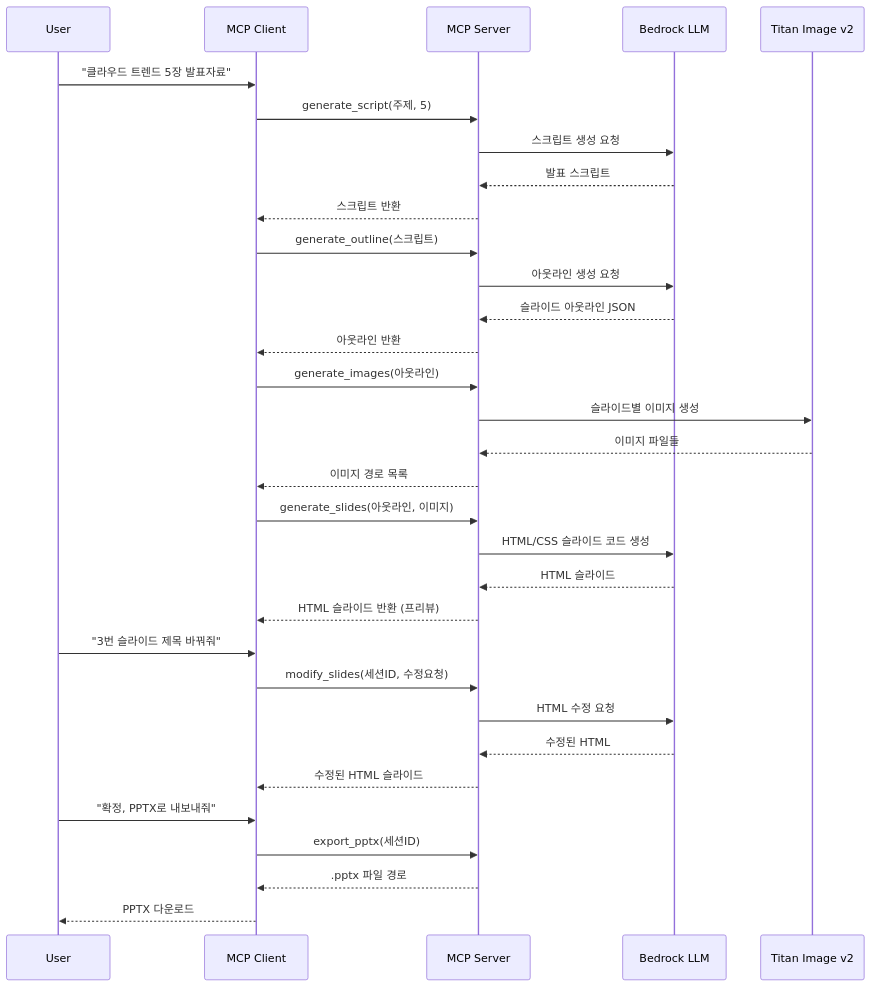
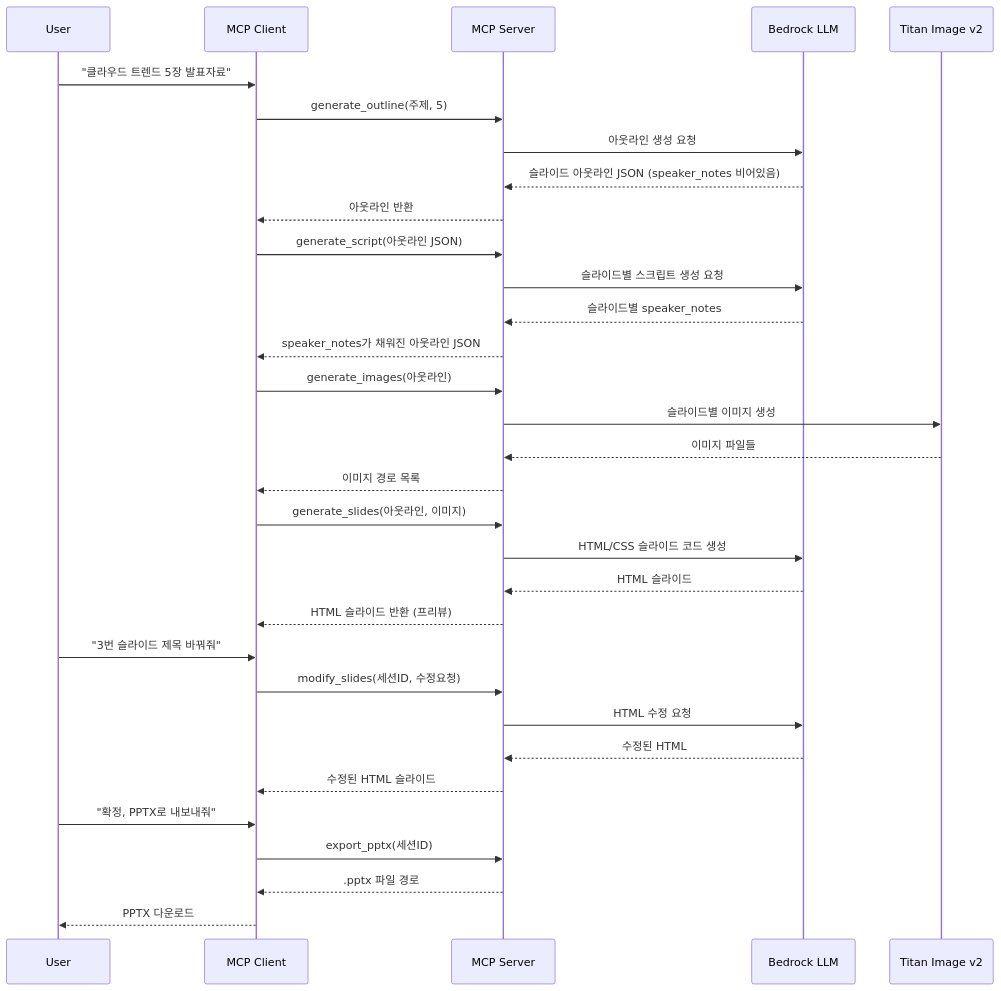
One commit to haandol/ppt-generator changed the third of 3 diagrams in docs/ppt-generator.alps.md. Above: the diagram before and after it, drawn with Mermaid. The commit also changed other lines of this file and 2 other files, not shown here.

Commit message:
docs: ALPS 파이프라인 순서 수정 (F1=outline, F2=script) 및 AGENTS.md 보완

````diff
--- a/docs/ppt-generator.alps.md
+++ b/docs/ppt-generator.alps.md
@@ -160,40 +161,40 @@
 ```mermaid
 sequenceDiagram
     participant User
     participant MCPClient as MCP Client
     participant MCPServer as MCP Server
     participant Bedrock as Bedrock LLM
     participant Titan as Titan Image v2
 
     User->>MCPClient: "클라우드 트렌드 5장 발표자료"
-    MCPClient->>MCPServer: generate_script(주제, 5)
-    MCPServer->>Bedrock: 스크립트 생성 요청
-    Bedrock-->>MCPServer: 발표 스크립트
-    MCPServer-->>MCPClient: 스크립트 반환
+    MCPClient->>MCPServer: generate_outline(주제, 5)
+    MCPServer->>Bedrock: 아웃라인 생성 요청
+    Bedrock-->>MCPServer: 슬라이드 아웃라인 JSON (speaker_notes 비어있음)
+    MCPServer-->>MCPClient: 아웃라인 반환
 
-    MCPClient->>MCPServer: generate_outline(스크립트)
-    MCPServer->>Bedrock: 아웃라인 생성 요청
-    Bedrock-->>MCPServer: 슬라이드 아웃라인 JSON
-    MCPServer-->>MCPClient: 아웃라인 반환
+    MCPClient->>MCPServer: generate_script(아웃라인 JSON)
+    MCPServer->>Bedrock: 슬라이드별 스크립트 생성 요청
+    Bedrock-->>MCPServer: 슬라이드별 speaker_notes
+    MCPServer-->>MCPClient: speaker_notes가 채워진 아웃라인 JSON
 
     MCPClient->>MCPServer: generate_images(아웃라인)
     MCPServer->>Titan: 슬라이드별 이미지 생성
     Titan-->>MCPServer: 이미지 파일들
     MCPServer-->>MCPClient: 이미지 경로 목록
 
     MCPClient->>MCPServer: generate_slides(아웃라인, 이미지)
     MCPServer->>Bedrock: HTML/CSS 슬라이드 코드 생성
     Bedrock-->>MCPServer: HTML 슬라이드
     MCPServer-->>MCPClient: HTML 슬라이드 반환 (프리뷰)
 
     User->>MCPClient: "3번 슬라이드 제목 바꿔줘"
     MCPClient->>MCPServer: modify_slides(세션ID, 수정요청)
     MCPServer->>Bedrock: HTML 수정 요청
     Bedrock-->>MCPServer: 수정된 HTML
     MCPServer-->>MCPClient: 수정된 HTML 슬라이드
 
     User->>MCPClient: "확정, PPTX로 내보내줘"
     MCPClient->>MCPServer: export_pptx(세션ID)
     MCPServer-->>MCPClient: .pptx 파일 경로
     MCPClient-->>User: PPTX 다운로드
 ```
````
